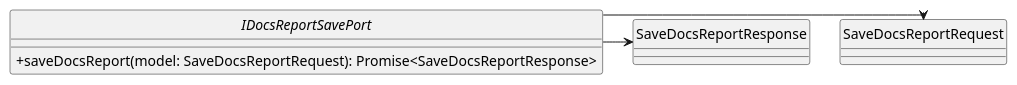
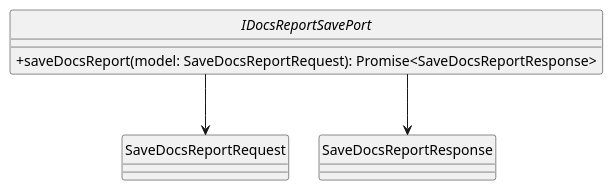
The diagram in assets/st_diagrams/code/plantuml/analysis/application/ports/docsReportSave.port.plantuml (SkarabGroup/DocumentazioneProgetto), drawn with PlantUML before and after one commit. The commit also changed 45 other files, not shown here.

```diff
--- a/assets/st_diagrams/code/plantuml/analysis/application/ports/docsReportSave.port.plantuml
+++ b/assets/st_diagrams/code/plantuml/analysis/application/ports/docsReportSave.port.plantuml
@@ -1,15 +1,15 @@
 @startuml IDocsReportSavePort
 skinparam componentStyle uml2.5
 skinparam linetype ortho
 skinparam nodesep 30
 skinparam ranksep 30
 skinparam ClassAttributeIconSize 0
 hide circles
 
 interface IDocsReportSavePort {
     + saveDocsReport(model: SaveDocsReportRequest): Promise<SaveDocsReportResponse>
 }
 
-IDocsReportSavePort --right-> SaveDocsReportRequest
-IDocsReportSavePort --right-> SaveDocsReportResponse
+IDocsReportSavePort --down-> SaveDocsReportRequest
+IDocsReportSavePort --down-> SaveDocsReportResponse
 @enduml
```
